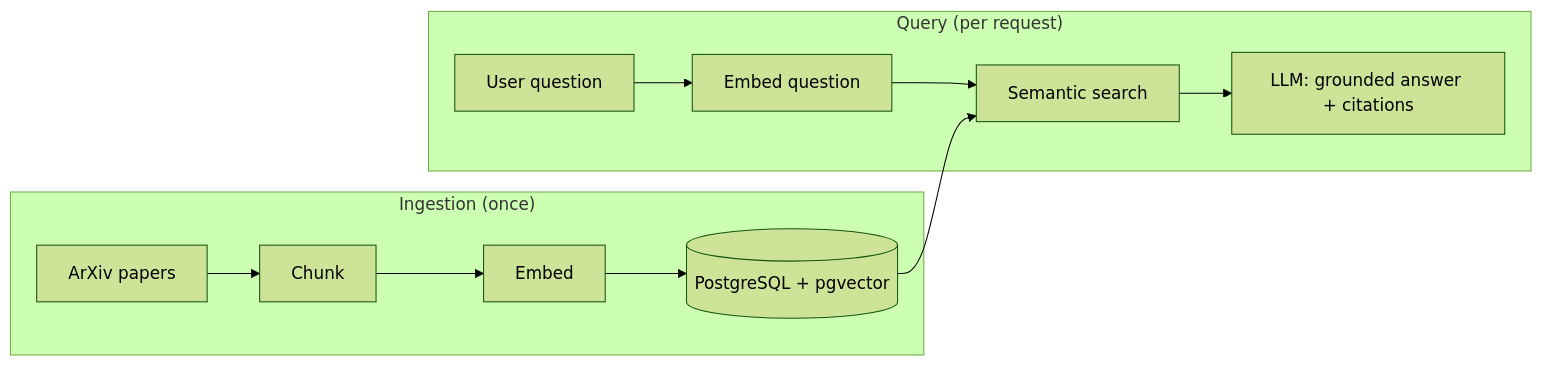
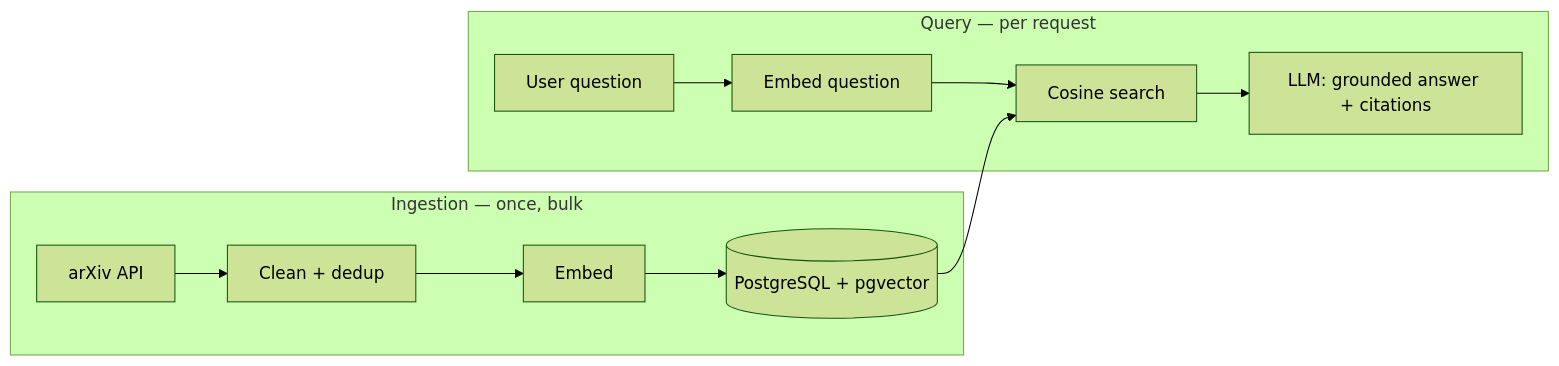
One commit to bunyamin-polat/papermind changed the diagram in README.md. Above: the diagram before and after it, drawn with Mermaid (forest theme). The commit also changed other lines of this file and 16 other files, not shown here.

Commit message:
feat: build the arXiv corpus, embed it behind an HNSW index, and make it searchable

````diff
--- a/README.md
+++ b/README.md
@@ -35,14 +67,14 @@
 ```mermaid
 flowchart LR
-    subgraph Ingestion["Ingestion (once)"]
-        Papers[ArXiv papers] --> Chunk[Chunk]
-        Chunk --> Embed[Embed]
+    subgraph Ingestion["Ingestion — once, bulk"]
+        Papers[arXiv API] --> Clean[Clean + dedup]
+        Clean --> Embed[Embed]
         Embed --> DB[(PostgreSQL + pgvector)]
     end
-    subgraph Query["Query (per request)"]
+    subgraph Query["Query — per request"]
         Q[User question] --> QEmbed[Embed question]
-        QEmbed --> Search[Semantic search]
+        QEmbed --> Search[Cosine search]
         DB --> Search
         Search --> LLM[LLM: grounded answer + citations]
     end
 ```
````
